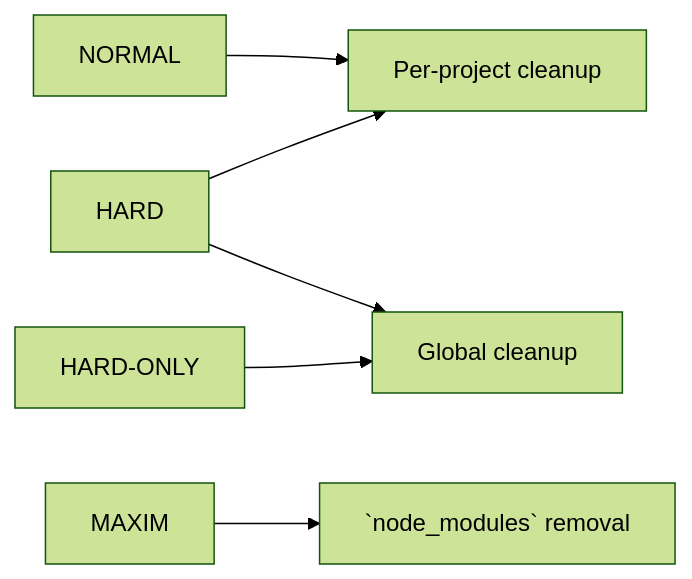
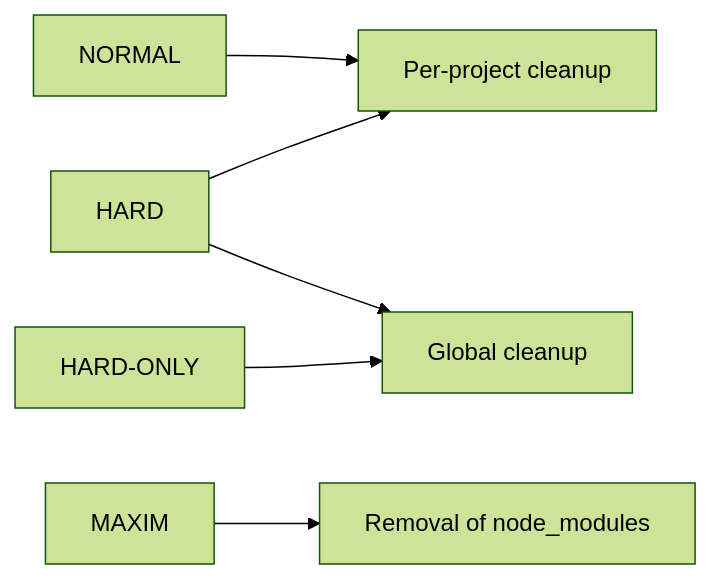
Before and after one commit to ZakaHaceCosas/FuckingNode: the diagram in website/manual/usage.md, drawn with Mermaid (forest theme). The commit also changed other lines of this file and 6 other files, not shown here.

````diff
--- a/website/manual/usage.md
+++ b/website/manual/usage.md
@@ -28,17 +28,17 @@
 ```mermaid
 graph LR
     A[NORMAL]
     B[HARD]
     C[HARD-ONLY]
     D[MAXIM]
 
 	E[Per-project cleanup]
 	F[Global cleanup]
-	G[`node_modules` removal]
+	G[Removal of node_modules]
 
 	A-->E
 	B-->E
 	B-->F
 	C-->F
 	D-->G
 ```
````
